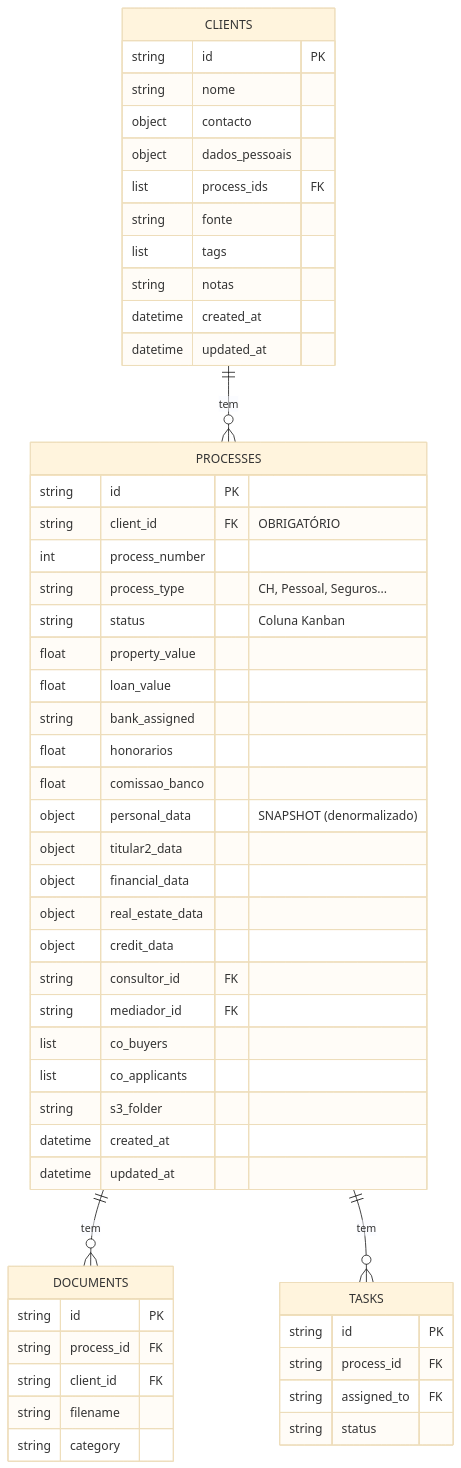
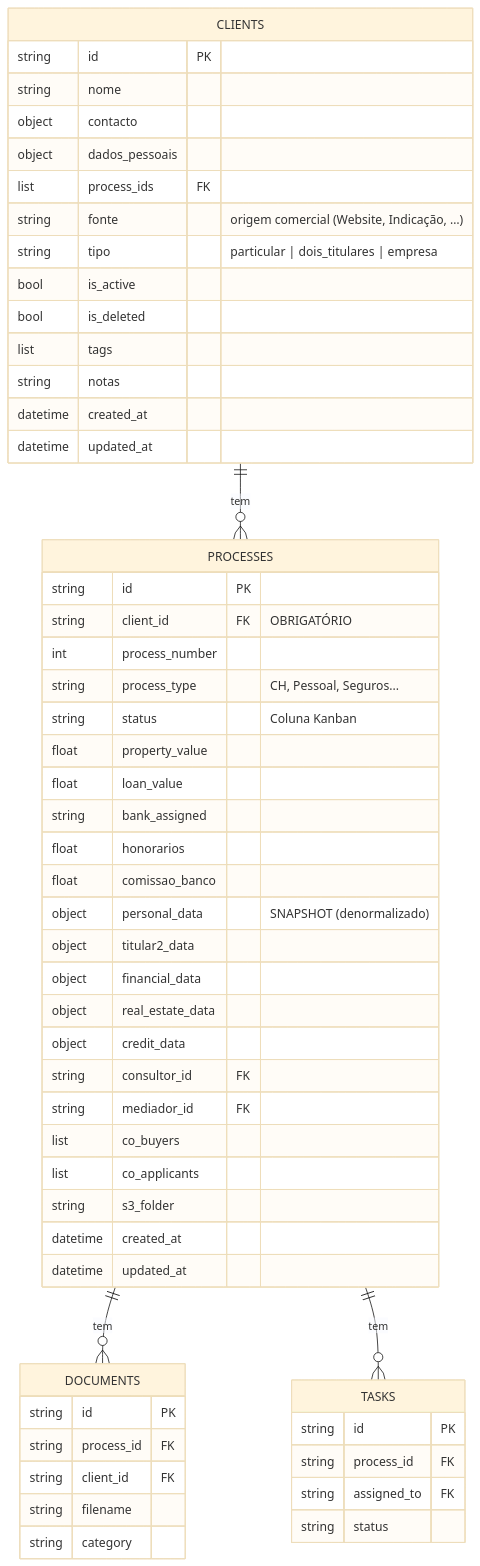
The fifth of 28 diagrams in ARCHITECTURE.md (PowerPrecision/PowerCell), drawn with Mermaid (base theme) before and after one commit. The commit also changed other lines of this file and 2 other files, not shown here.

Commit message:
Pacote FM: Sync documentation with latest architecture and filter implementations

````diff
--- a/ARCHITECTURE.md
+++ b/ARCHITECTURE.md
@@ -512,59 +512,62 @@
 ```mermaid
 erDiagram
     CLIENTS {
         string id PK
         string nome
         object contacto
         object dados_pessoais
         list process_ids FK
-        string fonte
+        string fonte "origem comercial (Website, Indicação, …)"
+        string tipo "particular | dois_titulares | empresa"
+        bool is_active
+        bool is_deleted
         list tags
         string notas
         datetime created_at
         datetime updated_at
     }
 
     PROCESSES {
         string id PK
         string client_id FK "OBRIGATÓRIO"
         int process_number
         string process_type "CH, Pessoal, Seguros..."
         string status "Coluna Kanban"
         float property_value
         float loan_value
         string bank_assigned
         float honorarios
         float comissao_banco
         object personal_data "SNAPSHOT (denormalizado)"
         object titular2_data
         object financial_data
         object real_estate_data
         object credit_data
         string consultor_id FK
         string mediador_id FK
         list co_buyers
         list co_applicants
         string s3_folder
         datetime created_at
         datetime updated_at
     }
 
     DOCUMENTS {
         string id PK
         string process_id FK
         string client_id FK
         string filename
         string category
     }
 
     TASKS {
         string id PK
         string process_id FK
         string assigned_to FK
         string status
     }
 
     CLIENTS ||--o{ PROCESSES : "tem"
     PROCESSES ||--o{ DOCUMENTS : "tem"
     PROCESSES ||--o{ TASKS : "tem"
 ```
````
